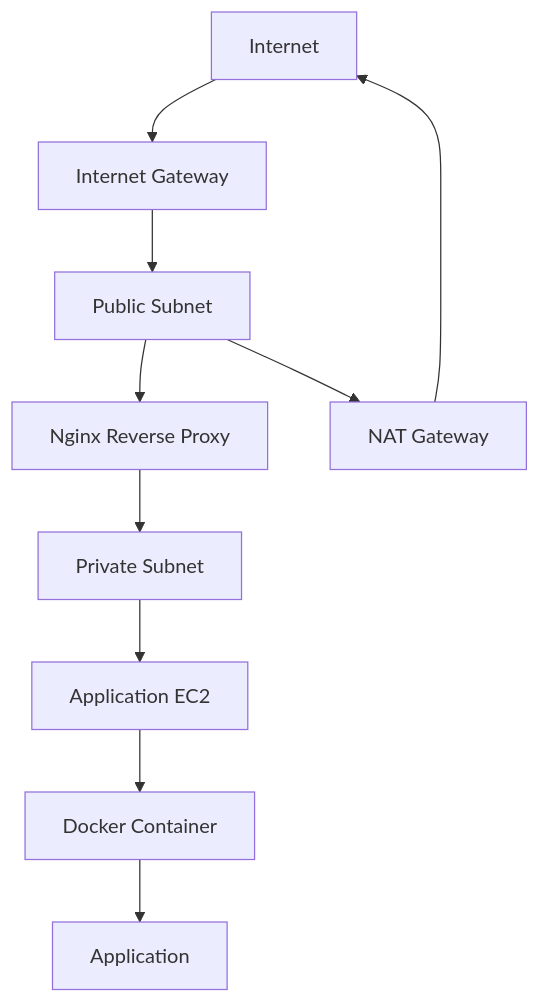
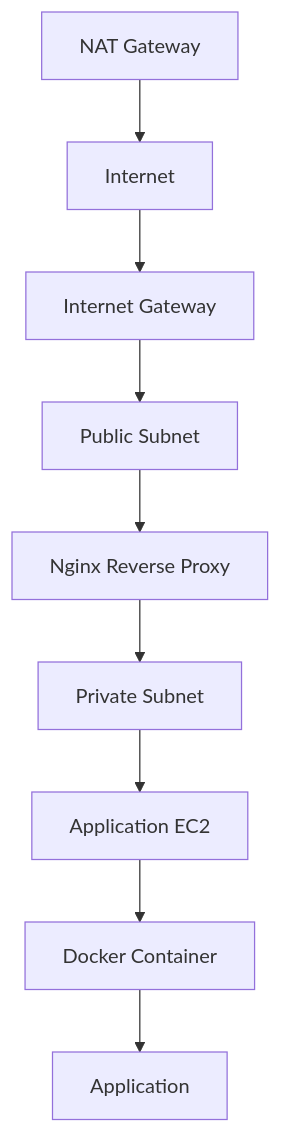
Before and after one commit to Billy-lex/production-cloud-infrastructure-platform: the second of 3 diagrams in README.md, drawn with Mermaid. The commit also changed other lines of this file, not shown here.

Commit message:
docs: update architecture

````diff
--- a/README.md
+++ b/README.md
@@ -81,40 +80,38 @@
 ```mermaid
 graph TD
 
 Internet[Internet]
 
 IGW[Internet Gateway]
 
 Public[Public Subnet]
 
 Nginx[Nginx Reverse Proxy]
 
 NAT[NAT Gateway]
 
 Private[Private Subnet]
 
 EC2[Application EC2]
 
 Docker[Docker Container]
 
 App[Application]
 
 Internet --> IGW
 
 IGW --> Public
 
 Public --> Nginx
 
-Public --> NAT
-
 Nginx --> Private
 
 Private --> EC2
 
 EC2 --> Docker
 
 Docker --> App
 
 NAT --> Internet
 
 ```
````
